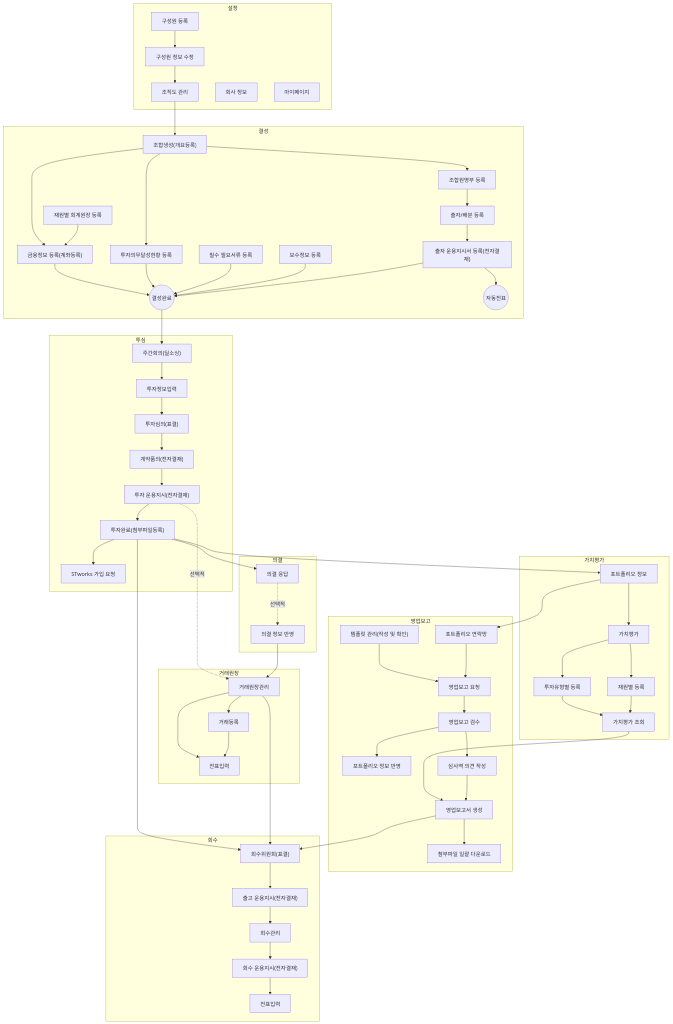
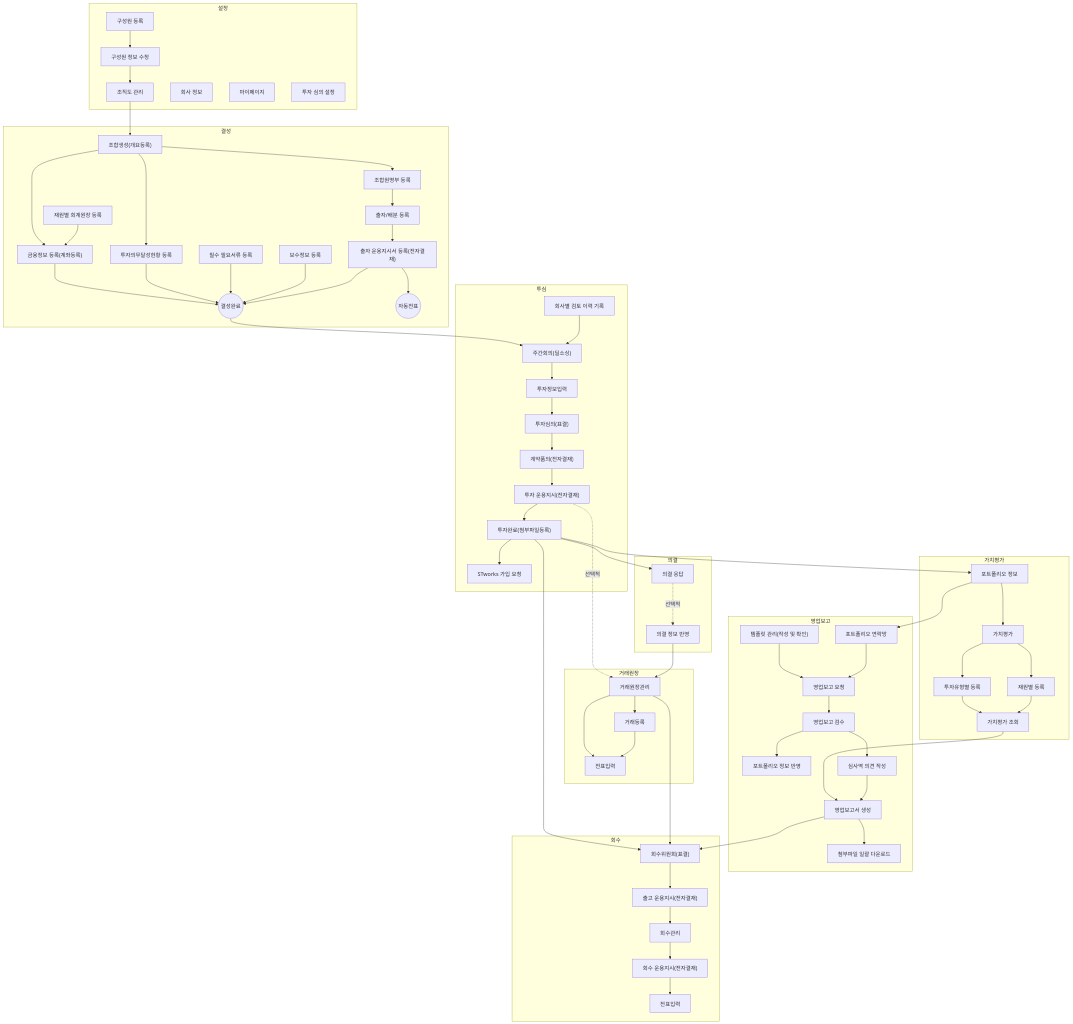
The diagram in _tabs/core.md (ddock-ddock/ddock-ddock.github.io), drawn with Mermaid before and after one commit. The commit also changed 25 other files, not shown here.

First line of the commit message:
투자 관리 매뉴얼 추가: 회사별 검토 이력 기록, 투자 심의 설정(vs-settings)

```diff
--- a/_tabs/core.md
+++ b/_tabs/core.md
@@ -81,6 +81,7 @@
         hr0007["조직도 관리"]
         se0051["회사 정보"]
         my0001["마이페이지"]
+        vs_settings["투자 심의 설정"]
   end
  subgraph s2["결성"]
         fd0001["조합생성(개요등록)"]
@@ -96,6 +97,7 @@
         fm0001a(("자동전표"))
   end
  subgraph s3["투심"]
+        review_history["회사별 검토 이력 기록"]
         wr0003["주간회의(딜소싱)"]
         vs0003["투자정보입력"]
         vs0006["투자심의(표결)"]
@@ -150,6 +152,7 @@
     fd0006 --> oi0002
     oi0002 --> fm0001a & fd0000
     fd0000 --> wr0003
+    review_history --> wr0003
     wr0003 --> vs0003
     vs0003 --> vs0006
     vs0006 --> ed0001a
@@ -185,6 +188,8 @@
     click hr0007 "{% post_url 2024-07-02-hr0007 %}"
     click se0051 "{% post_url 2026-04-21-se0051 %}"
     click my0001 "{% post_url 2026-04-21-my0001 %}"
+    click vs_settings "{% post_url 2026-04-21-vs-settings %}"
+    click review_history "{% post_url 2026-04-21-review-history %}"
     click fd0001 "{% post_url 2024-07-04-fd0001 %}"
     click fd0010 "{% post_url 2024-07-04-fd0010 %}"
     click fd0011 "{% post_url 2024-07-04-fd0011 %}"
```
